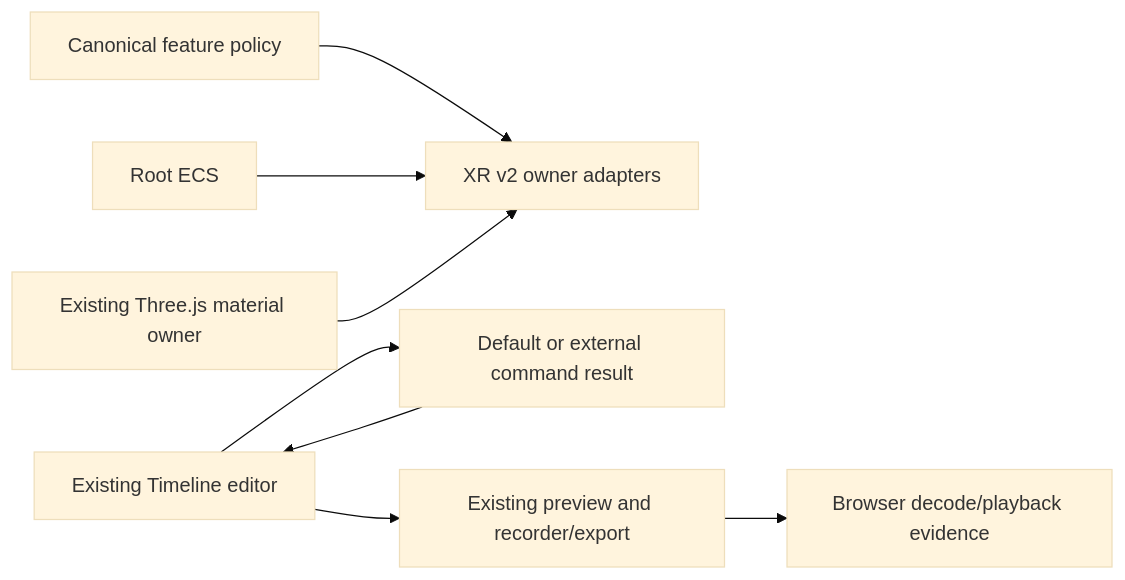
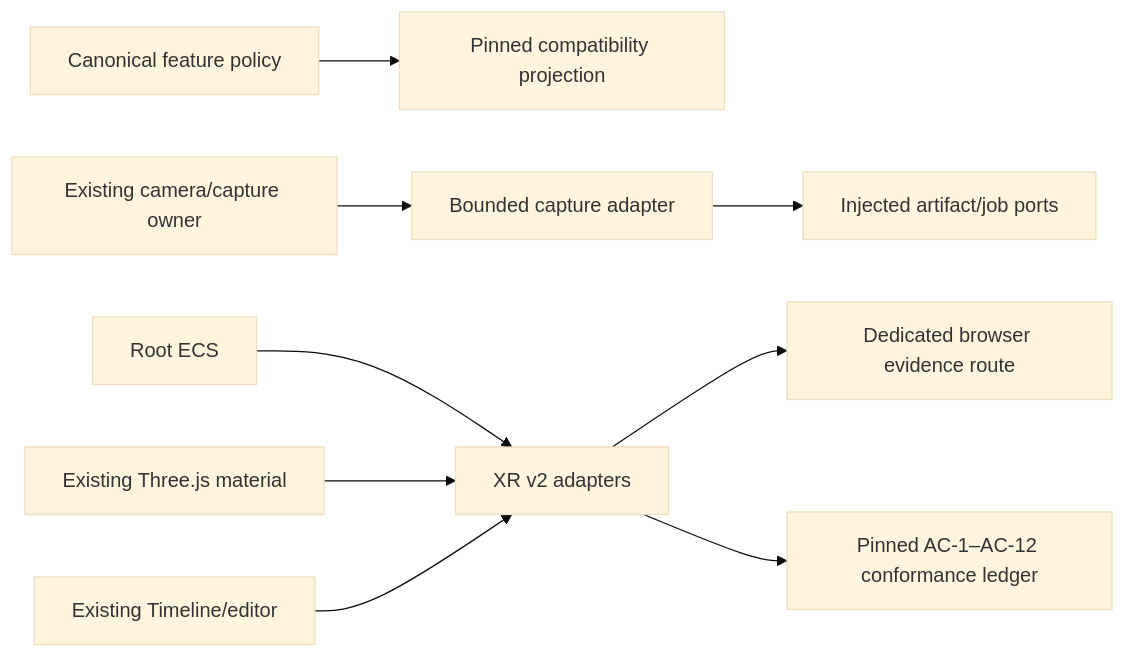
One commit to huijoohwee/agentic-graph changed the diagram in docs/documents/knowgrph-ar-vr-xr-prd-tad-adr.md. Above: the diagram before and after it, drawn with Mermaid (base theme). The commit also changed other lines of this file and 12 other files, not shown here.

Commit message:
feat(xr): implement pinned runtime conformance

````diff
--- a/docs/documents/knowgrph-ar-vr-xr-prd-tad-adr.md
+++ b/docs/documents/knowgrph-ar-vr-xr-prd-tad-adr.md
@@ -251,10 +118,11 @@
 ```mermaid
 flowchart LR
-  P["Canonical feature policy"] --> X["XR v2 owner adapters"]
-  E["Root ECS"] --> X
-  M["Existing Three.js material owner"] --> X
-  T["Existing Timeline editor"] --> C["Default or external command result"]
-  C --> T
-  T --> R["Existing preview and recorder/export"]
-  R --> B["Browser decode/playback evidence"]
+  F["Canonical feature policy"] --> P["Pinned compatibility projection"]
+  C["Existing camera/capture owner"] --> A["Bounded capture adapter"]
+  E["Root ECS"] --> X["XR v2 adapters"]
+  M["Existing Three.js material"] --> X
+  T["Existing Timeline/editor"] --> X
+  X --> B["Dedicated browser evidence route"]
+  A --> J["Injected artifact/job ports"]
+  X --> L["Pinned AC-1–AC-12 conformance ledger"]
 ```
````
